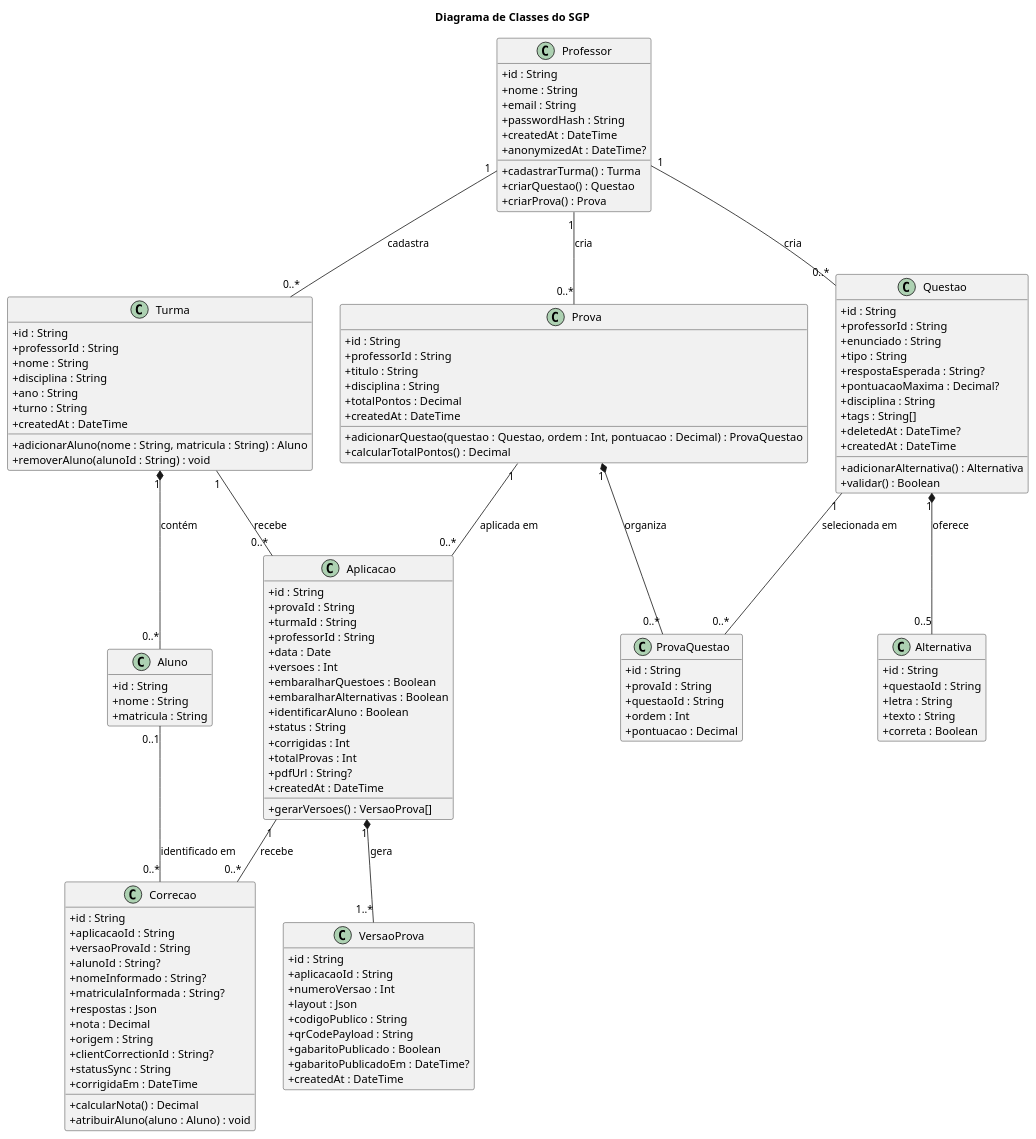
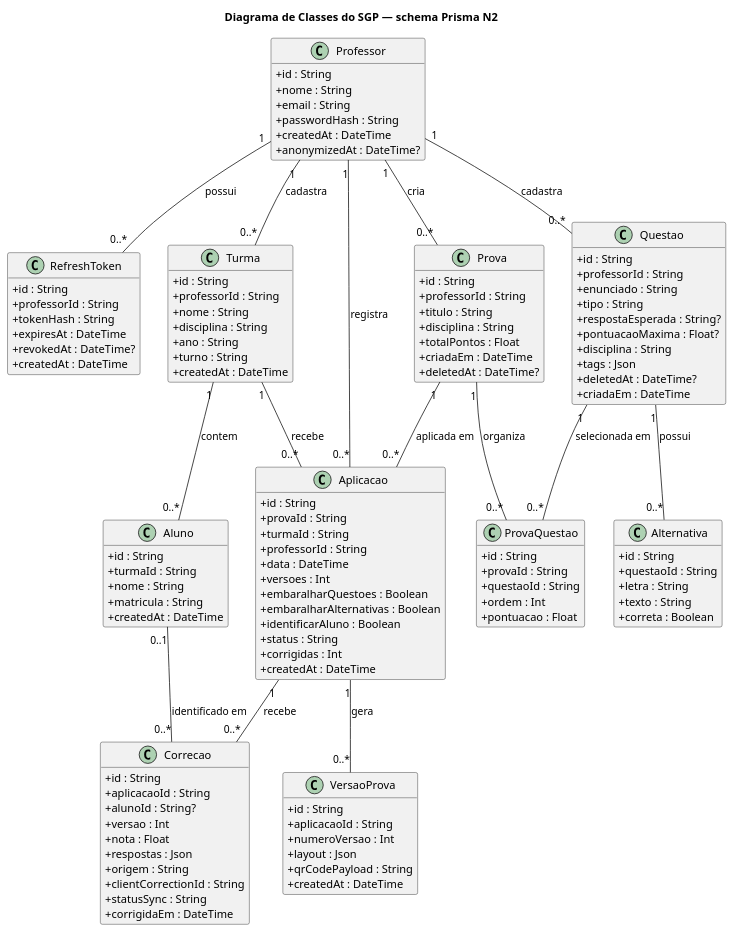
One commit to thiagomaes/sgp-provas changed the diagram in docs/uml/03-classe/classe.puml. Above: the diagram before and after it, drawn with PlantUML. The commit also changed 2 other files, not shown here.

Commit message:
docs(docs): alinha diagrama de classes ao schema

```diff
--- a/docs/uml/03-classe/classe.puml
+++ b/docs/uml/03-classe/classe.puml
@@ -1,137 +1,132 @@
 @startuml
-title Diagrama de Classes do SGP
+title Diagrama de Classes do SGP — schema Prisma N2
 skinparam classAttributeIconSize 0
 hide empty members
 
 class Professor {
   +id : String
   +nome : String
   +email : String
   +passwordHash : String
   +createdAt : DateTime
   +anonymizedAt : DateTime?
-  +cadastrarTurma() : Turma
-  +criarQuestao() : Questao
-  +criarProva() : Prova
+}
+
+class RefreshToken {
+  +id : String
+  +professorId : String
+  +tokenHash : String
+  +expiresAt : DateTime
+  +revokedAt : DateTime?
+  +createdAt : DateTime
 }
 
 class Turma {
   +id : String
   +professorId : String
   +nome : String
   +disciplina : String
   +ano : String
   +turno : String
   +createdAt : DateTime
-  +adicionarAluno(nome : String, matricula : String) : Aluno
-  +removerAluno(alunoId : String) : void
 }
 
 class Aluno {
   +id : String
+  +turmaId : String
   +nome : String
   +matricula : String
+  +createdAt : DateTime
 }
 
 class Questao {
   +id : String
   +professorId : String
   +enunciado : String
   +tipo : String
   +respostaEsperada : String?
-  +pontuacaoMaxima : Decimal?
+  +pontuacaoMaxima : Float?
   +disciplina : String
-  +tags : String[]
+  +tags : Json
   +deletedAt : DateTime?
-  +createdAt : DateTime
-  +adicionarAlternativa() : Alternativa
-  +validar() : Boolean
+  +criadaEm : DateTime
 }
 
 class Alternativa {
   +id : String
   +questaoId : String
   +letra : String
   +texto : String
   +correta : Boolean
 }
 
 class Prova {
   +id : String
   +professorId : String
   +titulo : String
   +disciplina : String
-  +totalPontos : Decimal
-  +createdAt : DateTime
-  +adicionarQuestao(questao : Questao, ordem : Int, pontuacao : Decimal) : ProvaQuestao
-  +calcularTotalPontos() : Decimal
+  +totalPontos : Float
+  +criadaEm : DateTime
+  +deletedAt : DateTime?
 }
 
 class ProvaQuestao {
   +id : String
   +provaId : String
   +questaoId : String
   +ordem : Int
-  +pontuacao : Decimal
+  +pontuacao : Float
 }
 
 class Aplicacao {
   +id : String
   +provaId : String
   +turmaId : String
   +professorId : String
-  +data : Date
+  +data : DateTime
   +versoes : Int
   +embaralharQuestoes : Boolean
   +embaralharAlternativas : Boolean
   +identificarAluno : Boolean
   +status : String
   +corrigidas : Int
-  +totalProvas : Int
-  +pdfUrl : String?
   +createdAt : DateTime
-  +gerarVersoes() : VersaoProva[]
 }
 
 class VersaoProva {
   +id : String
   +aplicacaoId : String
   +numeroVersao : Int
   +layout : Json
-  +codigoPublico : String
   +qrCodePayload : String
-  +gabaritoPublicado : Boolean
-  +gabaritoPublicadoEm : DateTime?
   +createdAt : DateTime
 }
 
 class Correcao {
   +id : String
   +aplicacaoId : String
-  +versaoProvaId : String
   +alunoId : String?
-  +nomeInformado : String?
-  +matriculaInformada : String?
+  +versao : Int
+  +nota : Float
   +respostas : Json
-  +nota : Decimal
   +origem : String
-  +clientCorrectionId : String?
+  +clientCorrectionId : String
   +statusSync : String
   +corrigidaEm : DateTime
-  +calcularNota() : Decimal
-  +atribuirAluno(aluno : Aluno) : void
 }
 
+Professor "1" -- "0..*" RefreshToken : possui
 Professor "1" -- "0..*" Turma : cadastra
-Professor "1" -- "0..*" Questao : cria
+Professor "1" -- "0..*" Questao : cadastra
 Professor "1" -- "0..*" Prova : cria
-Turma "1" *-- "0..*" Aluno : contém
-Questao "1" *-- "0..5" Alternativa : oferece
-Prova "1" *-- "0..*" ProvaQuestao : organiza
+Professor "1" -- "0..*" Aplicacao : registra
+Turma "1" -- "0..*" Aluno : contem
+Turma "1" -- "0..*" Aplicacao : recebe
+Questao "1" -- "0..*" Alternativa : possui
 Questao "1" -- "0..*" ProvaQuestao : selecionada em
+Prova "1" -- "0..*" ProvaQuestao : organiza
 Prova "1" -- "0..*" Aplicacao : aplicada em
-Turma "1" -- "0..*" Aplicacao : recebe
-Aplicacao "1" *-- "1..*" VersaoProva : gera
+Aplicacao "1" -- "0..*" VersaoProva : gera
 Aplicacao "1" -- "0..*" Correcao : recebe
 Aluno "0..1" -- "0..*" Correcao : identificado em
 @enduml
```
